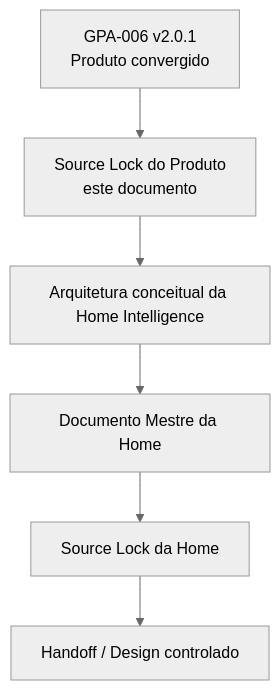
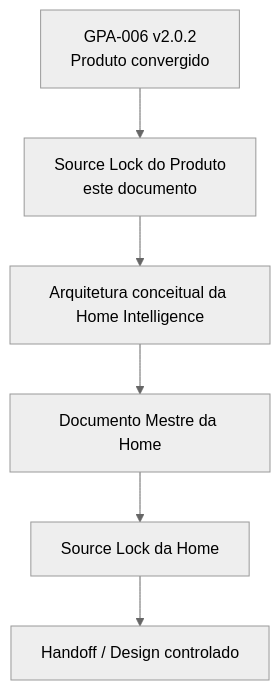
Before and after one commit to guivos-repositorio/Guivos-Knowledge-Repository: the first of 8 diagrams in docs/product-architecture/intelligence-product-source-lock.md, drawn with Mermaid (neutral theme). The commit also changed other lines of this file, not shown here.

````diff
--- a/docs/product-architecture/intelligence-product-source-lock.md
+++ b/docs/product-architecture/intelligence-product-source-lock.md
@@ -103,11 +103,11 @@
 ```mermaid
 flowchart TD
-    A[GPA-006 v2.0.1\nProduto convergido]
+    A[GPA-006 v2.0.2\nProduto convergido]
     B[Source Lock do Produto\neste documento]
     C[Arquitetura conceitual da Home Intelligence]
     D[Documento Mestre da Home]
     E[Source Lock da Home]
     F[Handoff / Design controlado]
 
     A --> B --> C --> D --> E --> F
 ```
````
